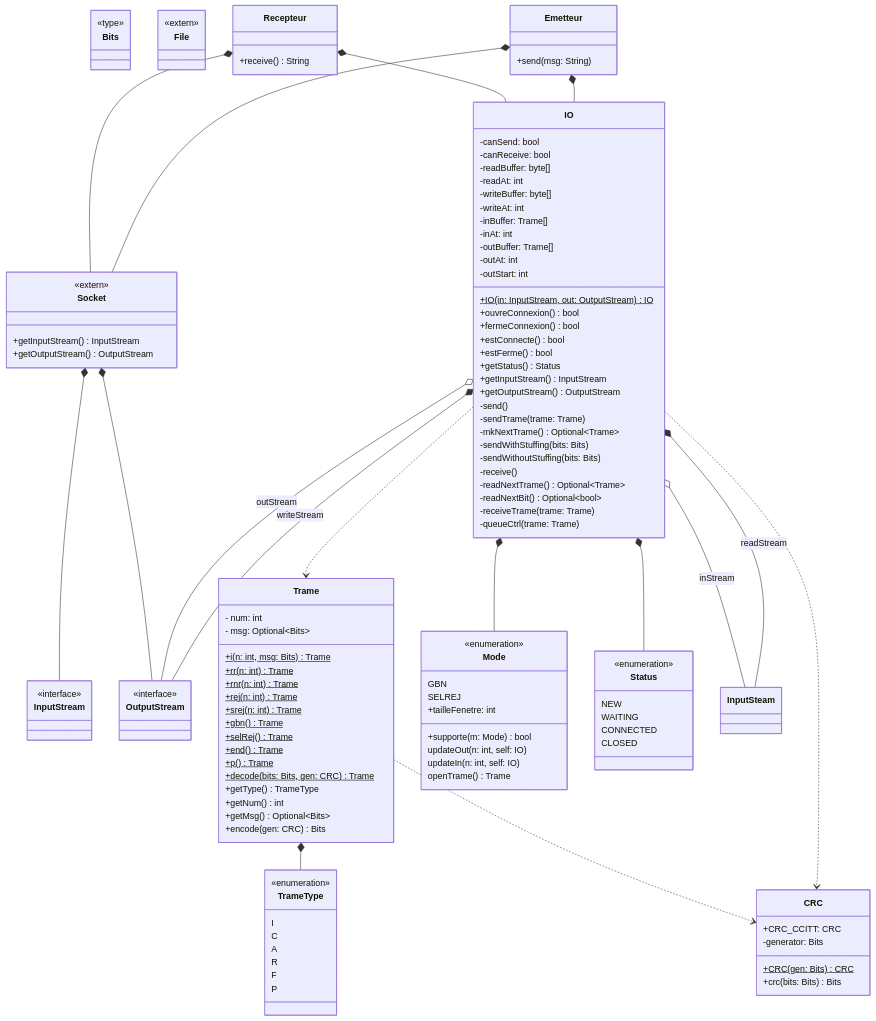
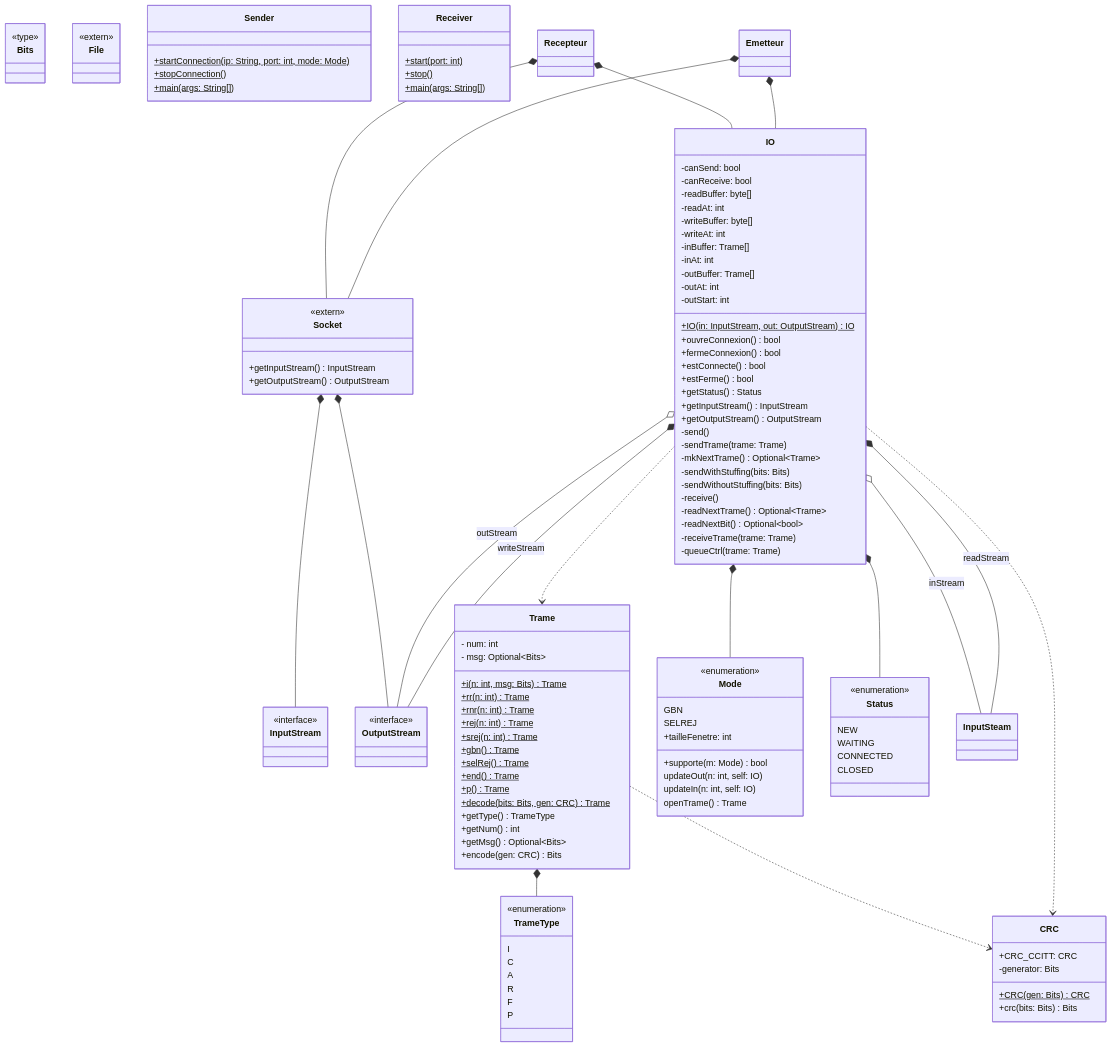
One commit to LuchinoAllix/IFT3325-TP2 changed the diagram in diagClasse.md. Above: the diagram before and after it, drawn with Mermaid. The commit also changed 1 other file, not shown here.

Commit message:
mis à jour diag de classe

```diff
--- a/diagClasse.md
+++ b/diagClasse.md
@@ -100,11 +100,15 @@
 	class File {
 		<<extern>>
 	}
-	class Emetteur {
-		+send(msg: String)
+	class Sender {
+		+startConnection(ip: String, port: int, mode: Mode)$
+		+stopConnection()$
+		+main(args: String[])$
 	}
-	class Recepteur {
-		+receive() String
+	class Receiver {
+		+start(port: int)$
+		+stop()$
+		+main(args: String[])$
 	}
 	
 	IO *-- Status
```
